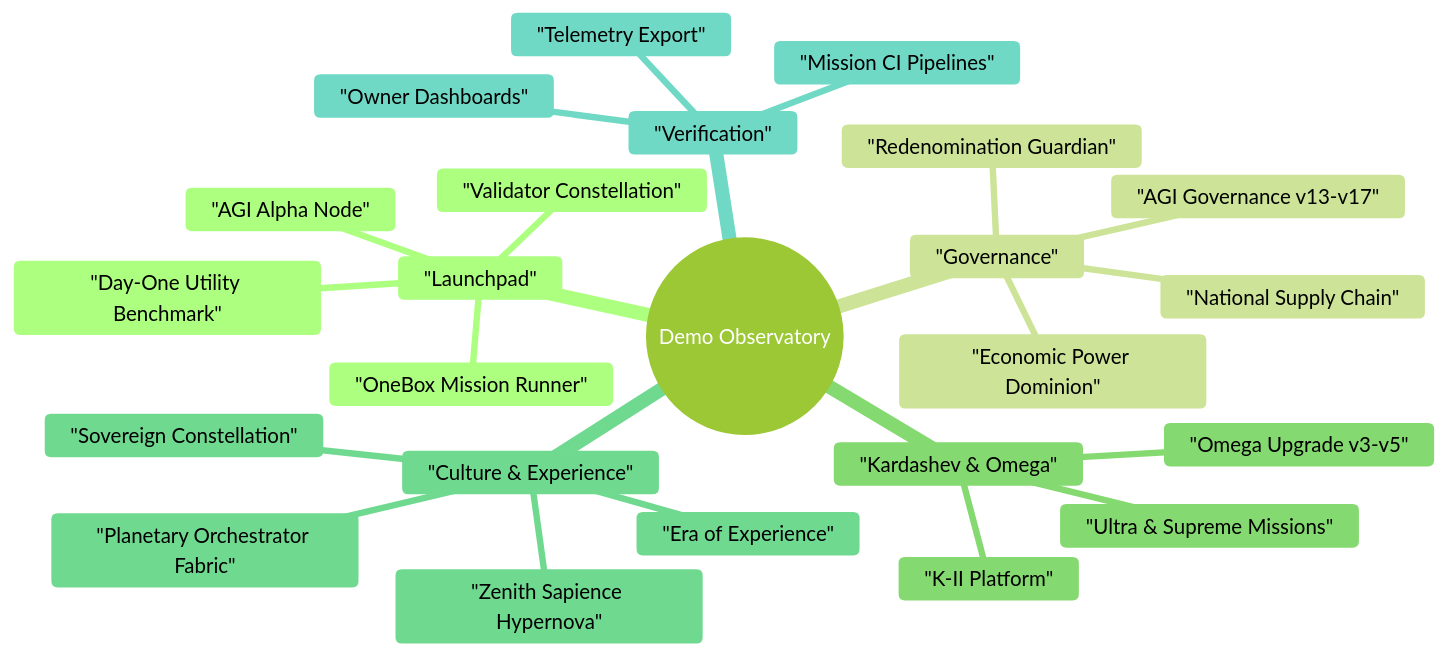
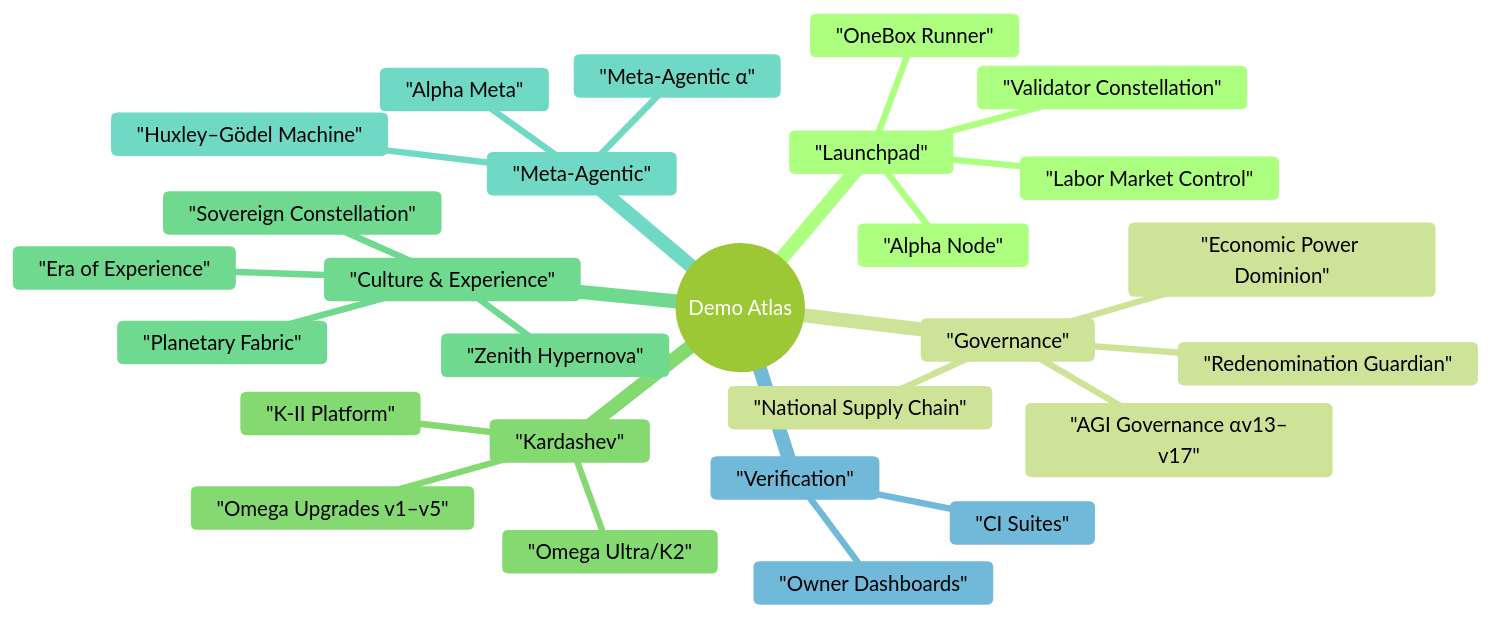
One commit to MontrealAI/AGIJobsv0 changed the second of 2 diagrams in README.md. Above: the diagram before and after it, drawn with Mermaid (forest theme). The commit also changed other lines of this file, not shown here.

````diff
--- a/README.md
+++ b/README.md
@@ -99,28 +192,31 @@
 ```mermaid
-%% Demo navigation mindmap
+%% Demo multiverse
 mindmap
-  root((Demo Observatory))
+  root((Demo Atlas))
     "Launchpad"
-      "AGI Alpha Node"
+      "Alpha Node"
       "Validator Constellation"
-      "OneBox Mission Runner"
-      "Day-One Utility Benchmark"
+      "Labor Market Control"
+      "OneBox Runner"
     "Governance"
-      "AGI Governance v13-v17"
+      "AGI Governance αv13–v17"
+      "Economic Power Dominion"
       "National Supply Chain"
       "Redenomination Guardian"
-      "Economic Power Dominion"
-    "Kardashev & Omega"
+    "Kardashev"
       "K-II Platform"
-      "Omega Upgrade v3-v5"
-      "Ultra & Supreme Missions"
+      "Omega Upgrades v1–v5"
+      "Omega Ultra/K2"
     "Culture & Experience"
       "Era of Experience"
-      "Planetary Orchestrator Fabric"
+      "Planetary Fabric"
       "Sovereign Constellation"
-      "Zenith Sapience Hypernova"
+      "Zenith Hypernova"
+    "Meta-Agentic"
+      "Meta-Agentic α"
+      "Alpha Meta"
+      "Huxley–Gödel Machine"
     "Verification"
-      "Mission CI Pipelines"
+      "CI Suites"
       "Owner Dashboards"
-      "Telemetry Export"
 ```
````
